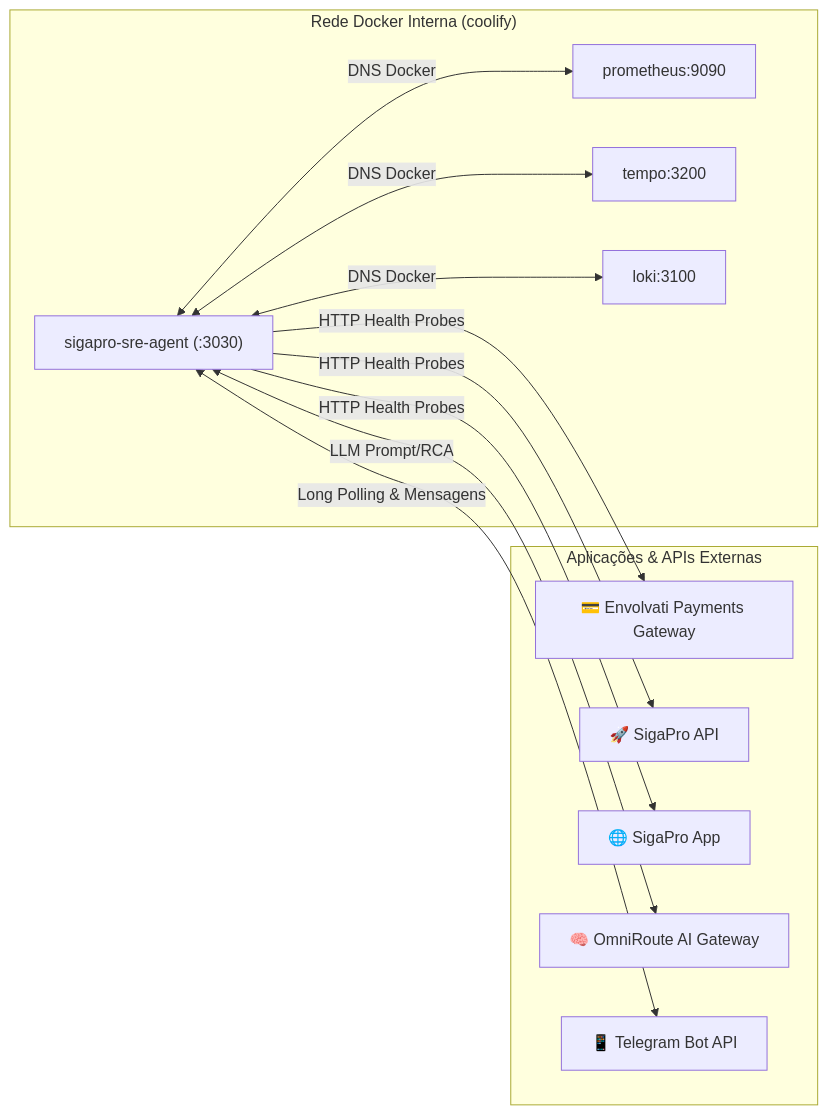
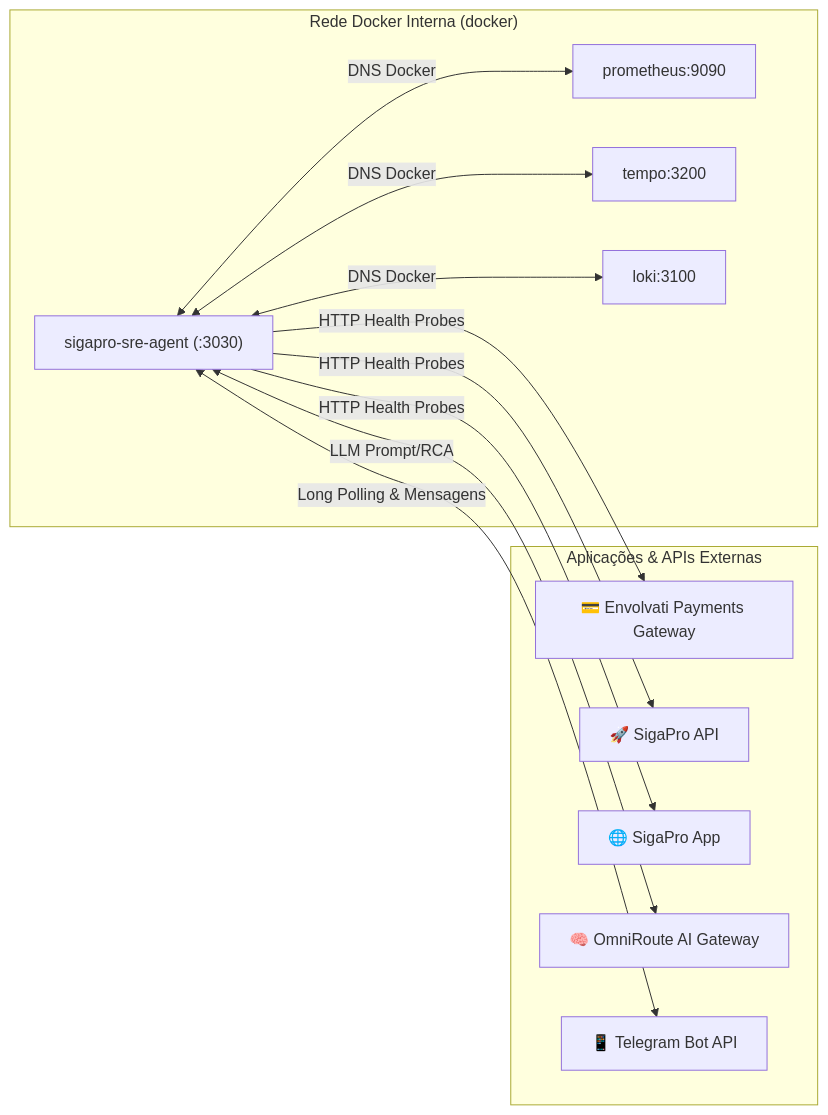
Before and after one commit to envolvati/sigapro-sre-agent: the diagram in RUNBOOK.md, drawn with Mermaid. The commit also changed other lines of this file and 4 other files, not shown here.

````diff
--- a/RUNBOOK.md
+++ b/RUNBOOK.md
@@ -21,27 +21,27 @@
 ```mermaid
 flowchart LR
-    subgraph CoolifyBridge["Rede Docker Interna (coolify)"]
+    subgraph CoolifyBridge["Rede Docker Interna (docker)"]
         SREAgent["sigapro-sre-agent (:3030)"]
         Prometheus["prometheus:9090"]
         Tempo["tempo:3200"]
         Loki["loki:3100"]
     end
 
     subgraph InternetExternal["Aplicações & APIs Externas"]
         PaymentGW["💳 Envolvati Payments Gateway"]
         SigaProAPI["🚀 SigaPro API"]
         SigaProApp["🌐 SigaPro App"]
         AIGateway["🧠 OmniRoute AI Gateway"]
         TelegramAPI["📱 Telegram Bot API"]
     end
 
     SREAgent <-->|DNS Docker| Prometheus
     SREAgent <-->|DNS Docker| Tempo
     SREAgent <-->|DNS Docker| Loki
 
     SREAgent -->|HTTP Health Probes| PaymentGW
     SREAgent -->|HTTP Health Probes| SigaProAPI
     SREAgent -->|HTTP Health Probes| SigaProApp
     SREAgent <-->|LLM Prompt/RCA| AIGateway
     SREAgent <-->|Long Polling & Mensagens| TelegramAPI
 ```
````
